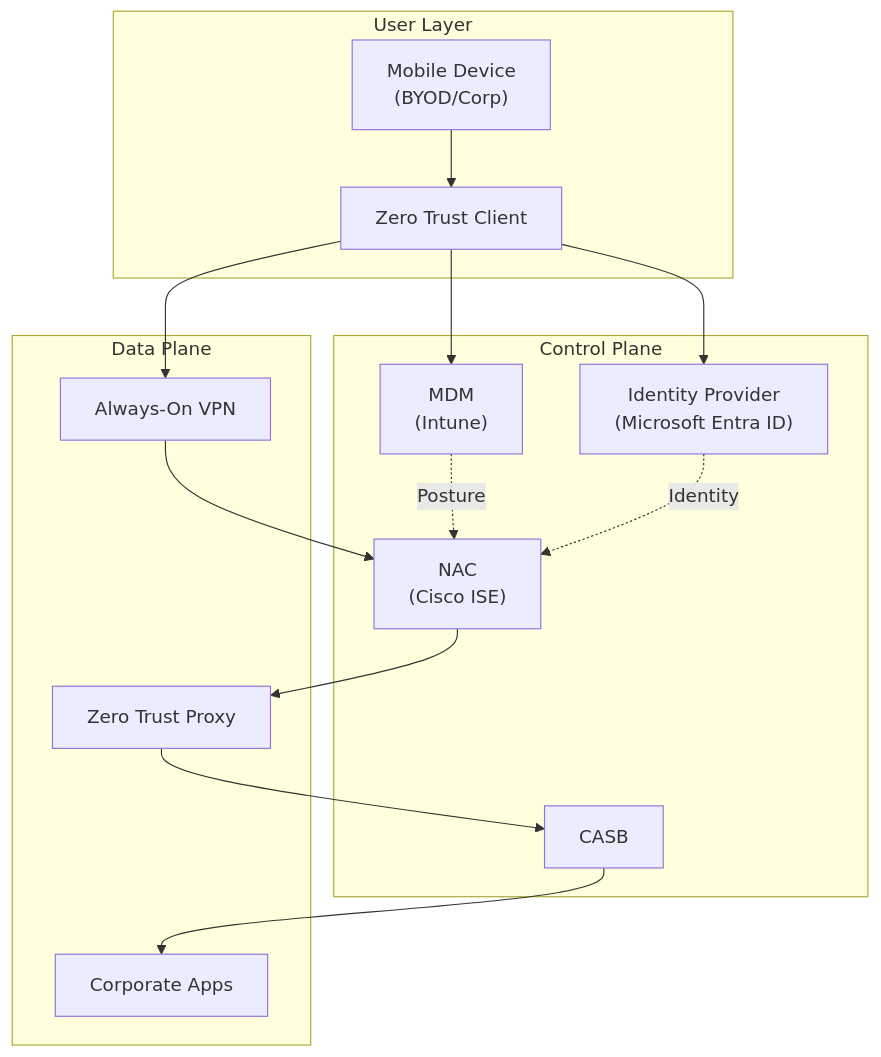
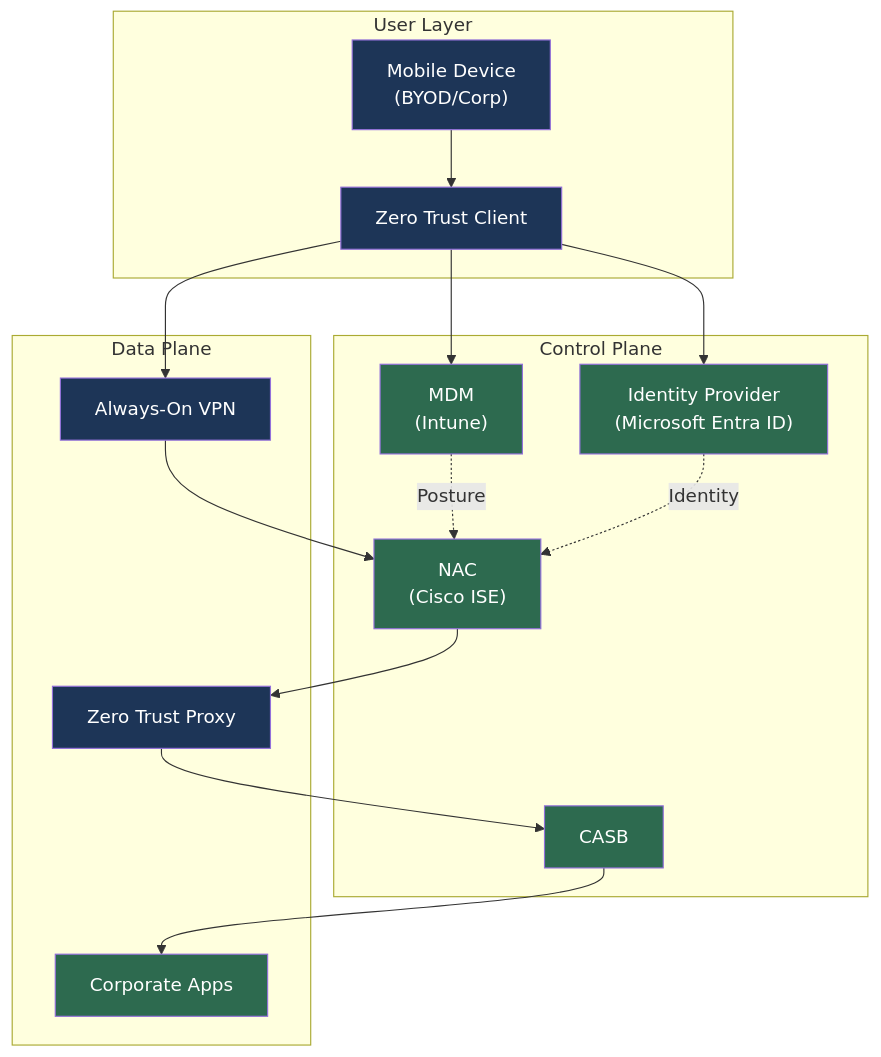
Before and after one commit to RossMora-Pilots/405-Mobile-Wireless-Security: the fourth of 5 diagrams in CC/Winter 2025/Mobile Wireless Security - Mohamed Jbeili - CSC-7306/BYOD_POLICY_FRAMEWORK.md, drawn with Mermaid. The commit also changed other lines of this file and 6 other files, not shown here.

First line of the commit message:
Remediate 5 growth areas: defense validation, risk quantification, lessons learned, visual palette, new diagrams

````diff
--- a/CC/Winter 2025/Mobile Wireless Security - Mohamed Jbeili - CSC-7306/BYOD_POLICY_FRAMEWORK.md
+++ b/CC/Winter 2025/Mobile Wireless Security - Mohamed Jbeili - CSC-7306/BYOD_POLICY_FRAMEWORK.md
@@ -189,32 +215,42 @@
 ```mermaid
 flowchart TB
     subgraph UserLayer["User Layer"]
         Mobile["Mobile Device<br/>(BYOD/Corp)"]
         ZTClient["Zero Trust Client"]
     end
 
     subgraph ControlPlane["Control Plane"]
         MDM["MDM<br/>(Intune)"]
         IDP["Identity Provider<br/>(Microsoft Entra ID)"]
         NAC["NAC<br/>(Cisco ISE)"]
         CASB["CASB"]
     end
 
     subgraph DataPlane["Data Plane"]
         VPN["Always-On VPN"]
         Proxy["Zero Trust Proxy"]
         Apps["Corporate Apps"]
     end
 
     Mobile --> ZTClient
     ZTClient --> IDP
     ZTClient --> MDM
     ZTClient --> VPN
     VPN --> NAC
     NAC --> Proxy
     Proxy --> CASB
     CASB --> Apps
 
     MDM -.->|Posture| NAC
     IDP -.->|Identity| NAC
+
+    style Mobile fill:#1d3557,color:#fff
+    style ZTClient fill:#1d3557,color:#fff
+    style MDM fill:#2d6a4f,color:#fff
+    style IDP fill:#2d6a4f,color:#fff
+    style NAC fill:#2d6a4f,color:#fff
+    style CASB fill:#2d6a4f,color:#fff
+    style VPN fill:#1d3557,color:#fff
+    style Proxy fill:#1d3557,color:#fff
+    style Apps fill:#2d6a4f,color:#fff
 ```
````
